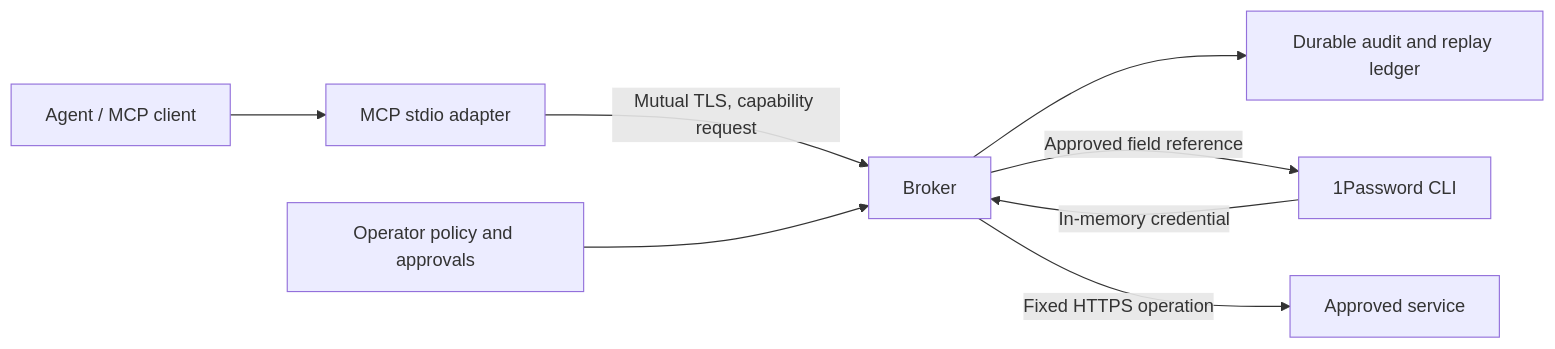
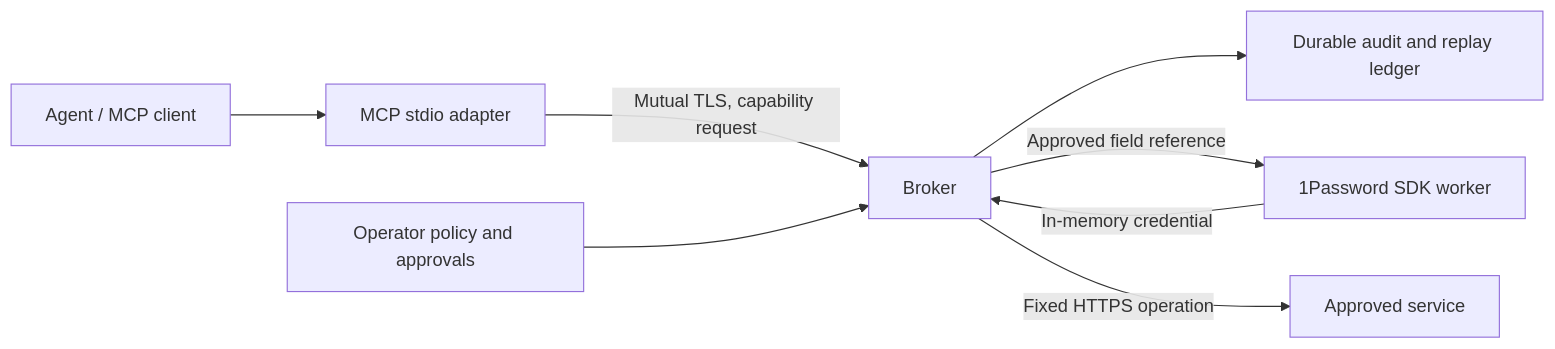
One commit to astrivant/1password-agent-broker changed the diagram in README.md. Above: the diagram before and after it, drawn with Mermaid. The commit also changed other lines of this file and 17 other files, not shown here.

Commit message:
Resolve broker credentials with the official 1Password SDK

````diff
--- a/README.md
+++ b/README.md
@@ -59,10 +59,10 @@
 ```mermaid
 flowchart LR
     A[Agent / MCP client] --> M[MCP stdio adapter]
     M -->|Mutual TLS, capability request| B[Broker]
     P[Operator policy and approvals] --> B
     B --> L[Durable audit and replay ledger]
-    B -->|Approved field reference| O[1Password CLI]
+    B -->|Approved field reference| O[1Password SDK worker]
     O -->|In-memory credential| B
     B -->|Fixed HTTPS operation| S[Approved service]
 ```
````
